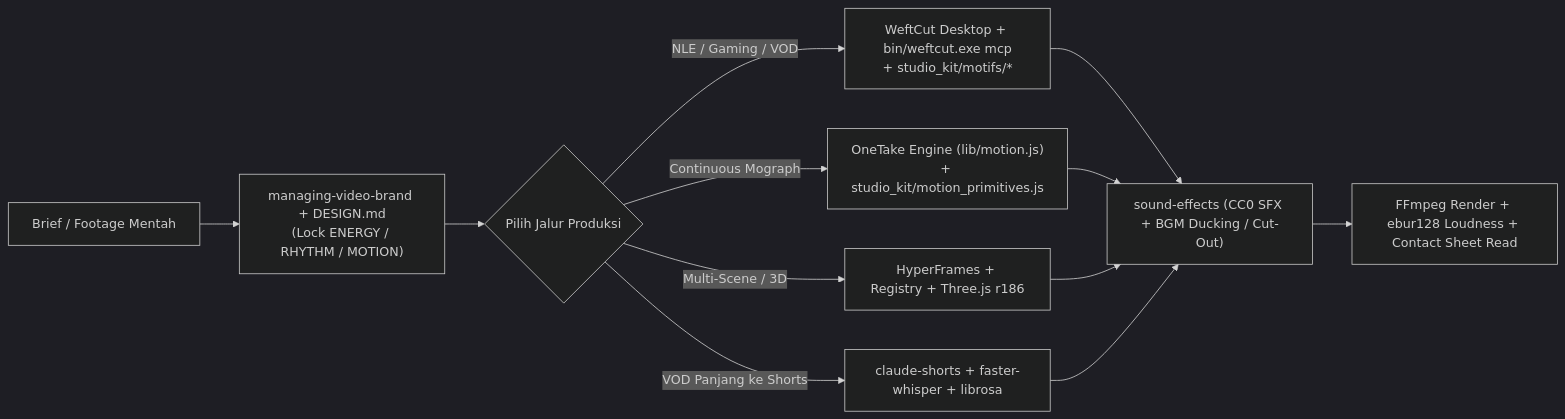
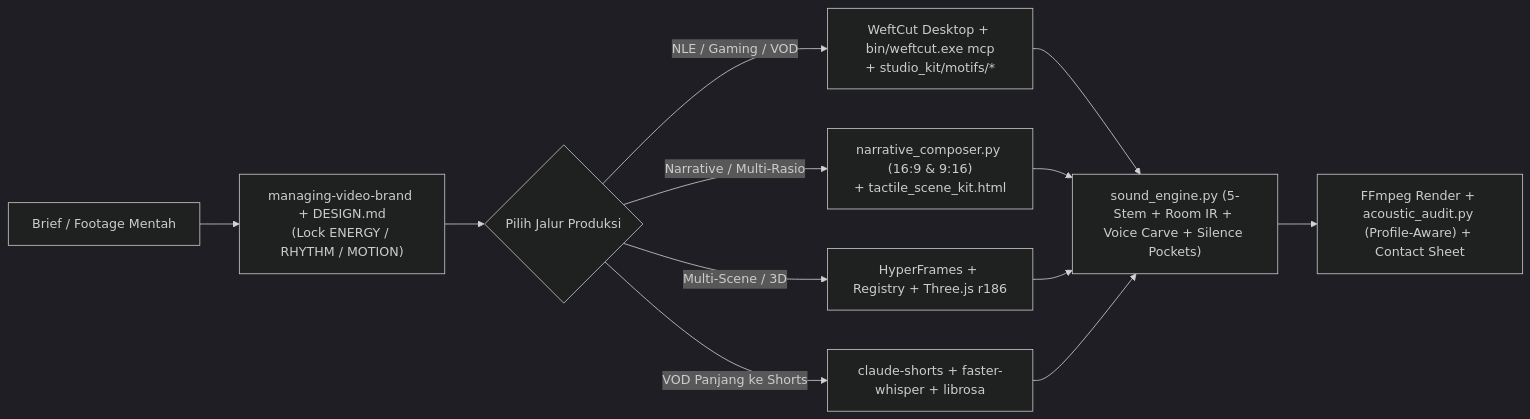
Before and after one commit to Thaaan184/Agyditor: the diagram in README.md, drawn with Mermaid (dark theme). The commit also changed other lines of this file and 90 other files, not shown here.

Commit message:
feat(studio): add v2-v5 optics, 5-stem sound, LUTs, safe-zones, narrative typography, and directing-agy-video skill

````diff
--- a/README.md
+++ b/README.md
@@ -26,14 +28,14 @@
 ```mermaid
 flowchart LR
     Prompt["Brief / Footage Mentah"] --> Brand["managing-video-brand + DESIGN.md<br/>(Lock ENERGY / RHYTHM / MOTION)"]
     Brand --> Route{"Pilih Jalur Produksi"}
     Route -->|NLE / Gaming / VOD| WC["WeftCut Desktop + bin/weftcut.exe mcp<br/>+ studio_kit/motifs/*"]
-    Route -->|Continuous Mograph| OT["OneTake Engine (lib/motion.js)<br/>+ studio_kit/motion_primitives.js"]
+    Route -->|Narrative / Multi-Rasio| NC["narrative_composer.py (16:9 & 9:16)<br/>+ tactile_scene_kit.html"]
     Route -->|Multi-Scene / 3D| HF["HyperFrames + Registry + Three.js r186"]
     Route -->|VOD Panjang ke Shorts| CS["claude-shorts + faster-whisper + librosa"]
-    WC --> Audio["sound-effects (CC0 SFX + BGM Ducking / Cut-Out)"]
-    OT --> Audio
+    WC --> Audio["sound_engine.py (5-Stem + Room IR + Voice Carve + Silence Pockets)"]
+    NC --> Audio
     HF --> Audio
     CS --> Audio
-    Audio --> QC["FFmpeg Render + ebur128 Loudness + Contact Sheet Read"]
+    Audio --> QC["FFmpeg Render + acoustic_audit.py (Profile-Aware) + Contact Sheet"]
 ```
````
